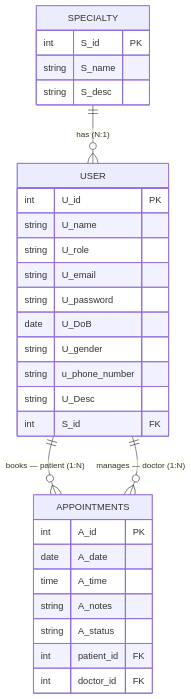
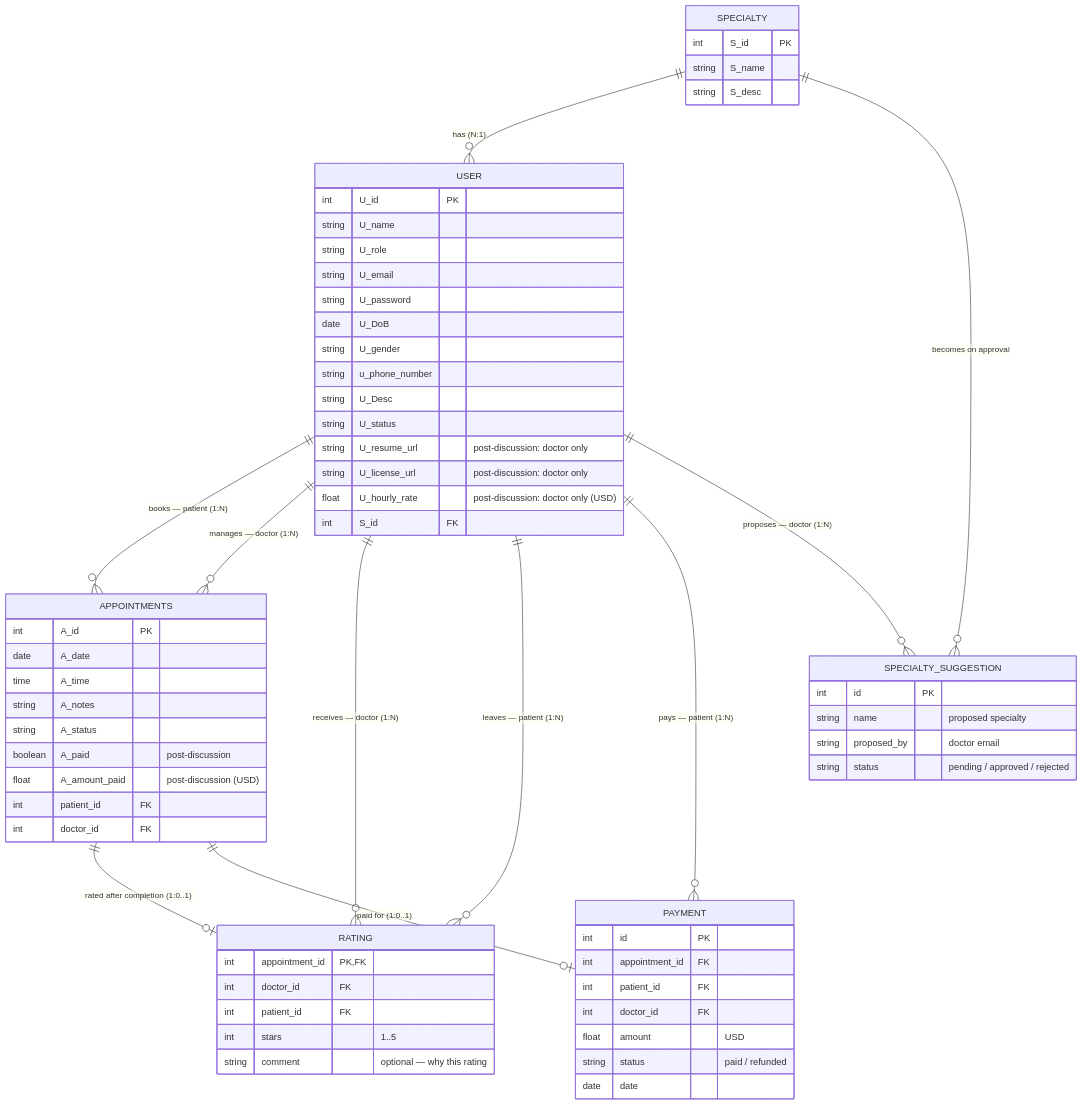
Before and after one commit to DevAbdoTolba/useCare: the diagram in docs/useCare-erd.md, drawn with Mermaid. The commit also changed other lines of this file, not shown here.

Commit message:
docs(erd): add ratings, payments, suggestions and doctor verification fields

````diff
--- a/docs/useCare-erd.md
+++ b/docs/useCare-erd.md
@@ -7,35 +11,76 @@
 ```mermaid
 erDiagram
     SPECIALTY ||--o{ USER : "has (N:1)"
     USER ||--o{ APPOINTMENTS : "books — patient (1:N)"
     USER ||--o{ APPOINTMENTS : "manages — doctor (1:N)"
+
+    APPOINTMENTS ||--o| RATING : "rated after completion (1:0..1)"
+    USER ||--o{ RATING : "receives — doctor (1:N)"
+    USER ||--o{ RATING : "leaves — patient (1:N)"
+
+    APPOINTMENTS ||--o| PAYMENT : "paid for (1:0..1)"
+    USER ||--o{ PAYMENT : "pays — patient (1:N)"
+
+    USER ||--o{ SPECIALTY_SUGGESTION : "proposes — doctor (1:N)"
+    SPECIALTY_SUGGESTION }o--|| SPECIALTY : "becomes on approval"
 
     USER {
         int U_id PK
         string U_name
         string U_role
         string U_email
         string U_password
         date U_DoB
         string U_gender
         string u_phone_number
         string U_Desc
+        string U_status
+        string U_resume_url "post-discussion: doctor only"
+        string U_license_url "post-discussion: doctor only"
+        float U_hourly_rate "post-discussion: doctor only (USD)"
         int S_id FK
     }
 
     SPECIALTY {
         int S_id PK
         string S_name
         string S_desc
     }
 
     APPOINTMENTS {
         int A_id PK
         date A_date
         time A_time
         string A_notes
         string A_status
+        boolean A_paid "post-discussion"
+        float A_amount_paid "post-discussion (USD)"
         int patient_id FK
         int doctor_id FK
     }
+
+    RATING {
+        int appointment_id PK,FK
+        int doctor_id FK
+        int patient_id FK
+        int stars "1..5"
+        string comment "optional — why this rating"
+    }
+
+    PAYMENT {
+        int id PK
+        int appointment_id FK
+        int patient_id FK
+        int doctor_id FK
+        float amount "USD"
+        string status "paid / refunded"
+        date date
+    }
+
+    SPECIALTY_SUGGESTION {
+        int id PK
+        string name "proposed specialty"
+        string proposed_by "doctor email"
+        string status "pending / approved / rejected"
+    }
 ```
````
